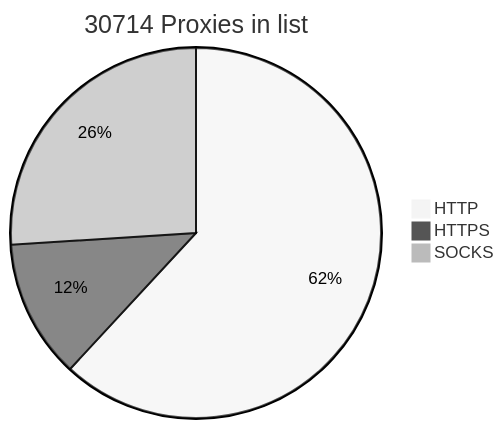
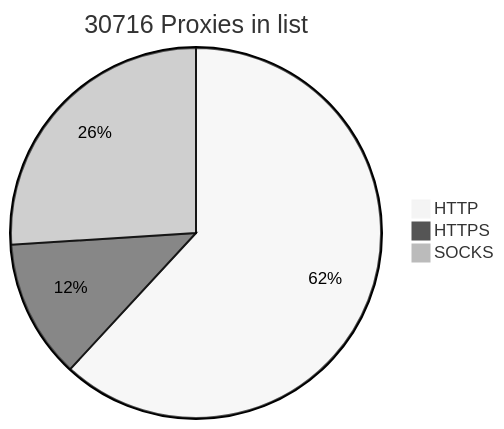
The diagram in README.md (BlackSnowDot/proxylist-update-every-minute), drawn with Mermaid (neutral theme) before and after one commit.

````diff
--- a/README.md
+++ b/README.md
@@ -2,6 +2,6 @@
 ```mermaid
-pie title 30714 Proxies in list
-    "HTTP" : 20888
-    "HTTPS": 4086
+pie title 30716 Proxies in list
+    "HTTP" : 20885
+    "HTTPS": 4092
     "SOCKS" : 8778
 ```
````
